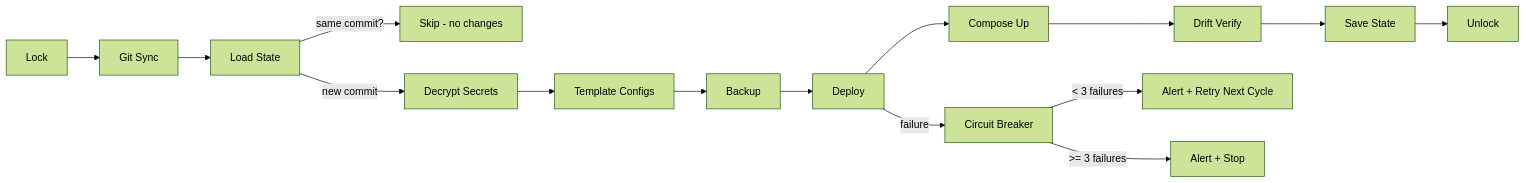
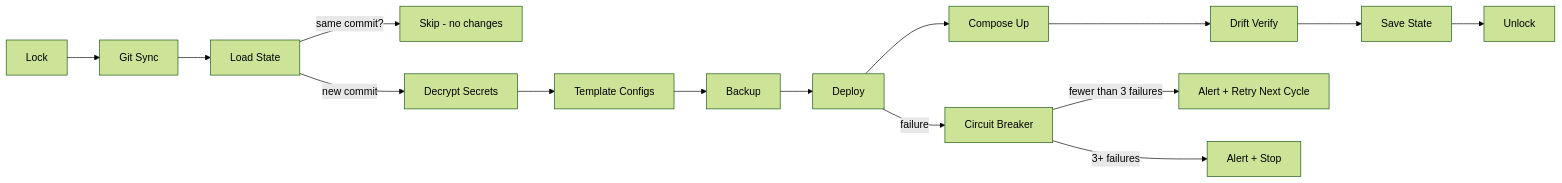
Before and after one commit to cameronsjo/bosun: the third of 3 diagrams in README.md, drawn with Mermaid (forest theme). The commit also changed other lines of this file and 15 other files, not shown here.

````diff
--- a/README.md
+++ b/README.md
@@ -239,17 +241,17 @@
 ```mermaid
 graph LR
     A[Lock] --> B[Git Sync]
     B --> C[Load State]
     C -->|same commit?| Skip[Skip - no changes]
     C -->|new commit| D[Decrypt Secrets]
     D --> E[Template Configs]
     E --> F[Backup]
     F --> G[Deploy]
     G --> H[Compose Up]
     H --> I[Drift Verify]
     I --> J[Save State]
     J --> K[Unlock]
     G -->|failure| L[Circuit Breaker]
-    L -->|< 3 failures| M[Alert + Retry Next Cycle]
-    L -->|>= 3 failures| N[Alert + Stop]
+    L -->|fewer than 3 failures| M[Alert + Retry Next Cycle]
+    L -->|3+ failures| N[Alert + Stop]
 ```
````
